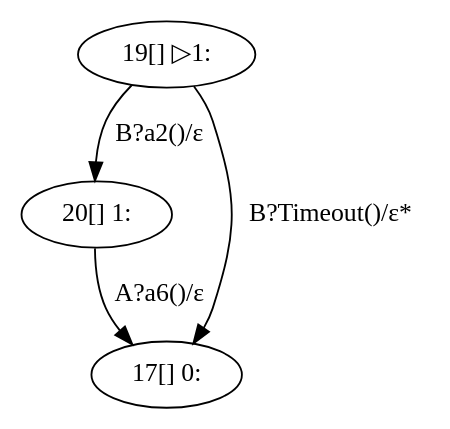
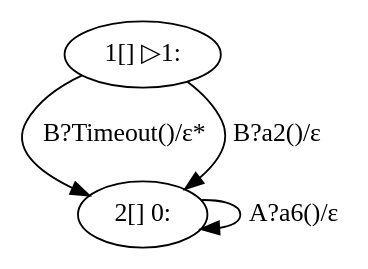
Before and after one commit to LauraVoinea/scribble-java: the diagram in generated/Timeout/C.dot, drawn with Graphviz. The commit also changed 13 other files, not shown here.

```diff
--- a/generated/Timeout/C.dot
+++ b/generated/Timeout/C.dot
@@ -1,9 +1,9 @@
 digraph G {
 compound = true;
-"19" [ label="19[] ▷1:" ];
-"20" [ label="20[] 1:" ];
-"17" [ label="17[] 0:" ];
-"19" -> "17" [ label="B?Timeout()/ε*" ];
-"19" -> "20" [ label="B?a2()/ε" ];
-"20" -> "17" [ label="A?a6()/ε" ];
+"1" [ label="1[] ▷1:" ];
+"2" [ label="2[] 1:" ];
+"2" [ label="2[] 0:" ];
+"1" -> "2" [ label="B?Timeout()/ε*" ];
+"2" -> "2" [ label="A?a6()/ε" ];
+"1" -> "2" [ label="B?a2()/ε" ];
 }
```
